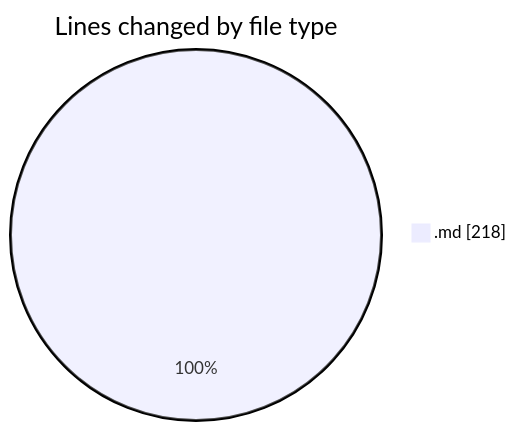
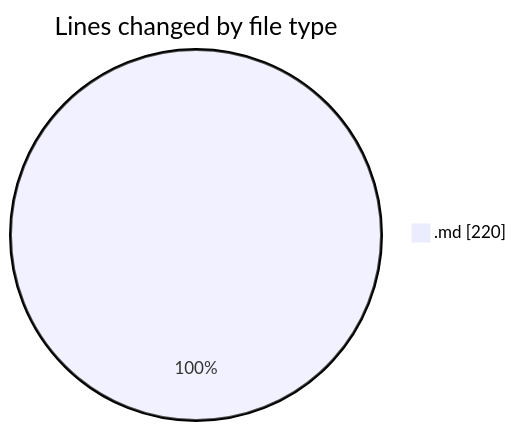
The first of 2 diagrams in 2025-07-18/urlwebwala_intership_work/README.md (Ritupan-Deka/code-tracking), drawn with Mermaid before and after one commit. The commit also changed other lines of this file and 1 other file, not shown here.

````diff
--- a/2025-07-18/urlwebwala_intership_work/README.md
+++ b/2025-07-18/urlwebwala_intership_work/README.md
@@ -20,5 +21,5 @@
 ```mermaid
 pie showData
 title Lines changed by file type
-".md" : 218
+".md" : 220
 ```
````
